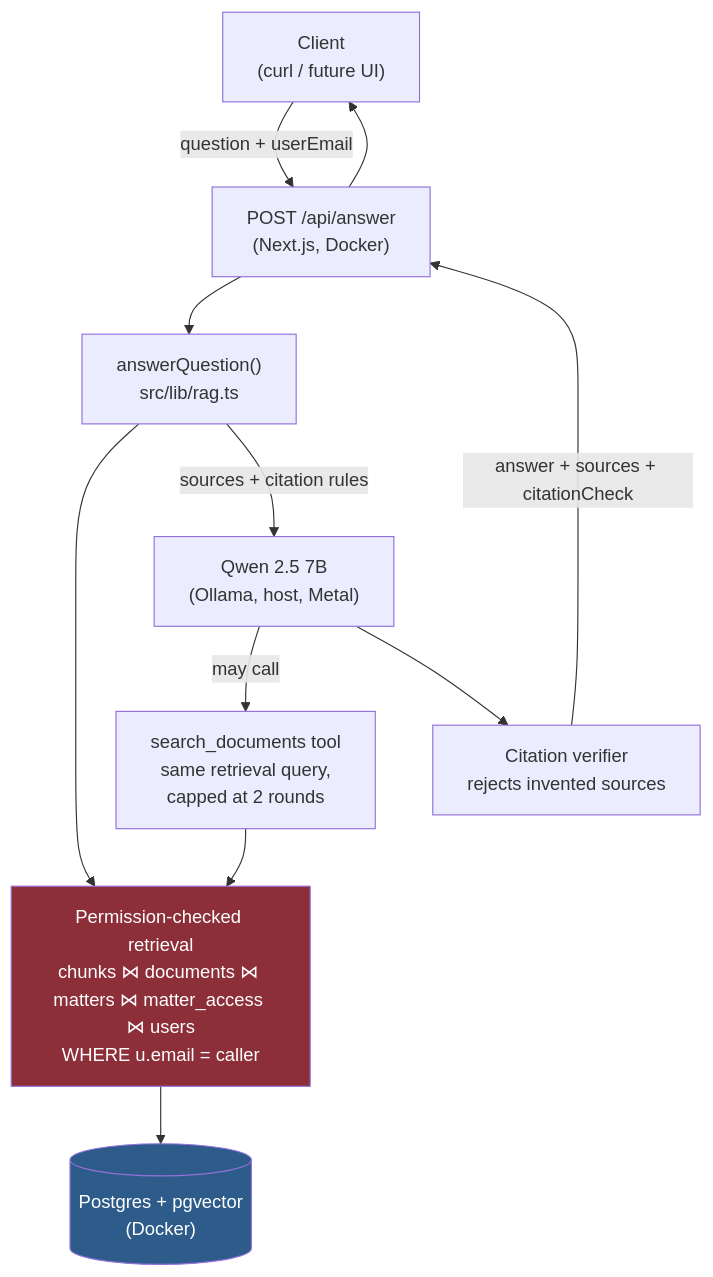
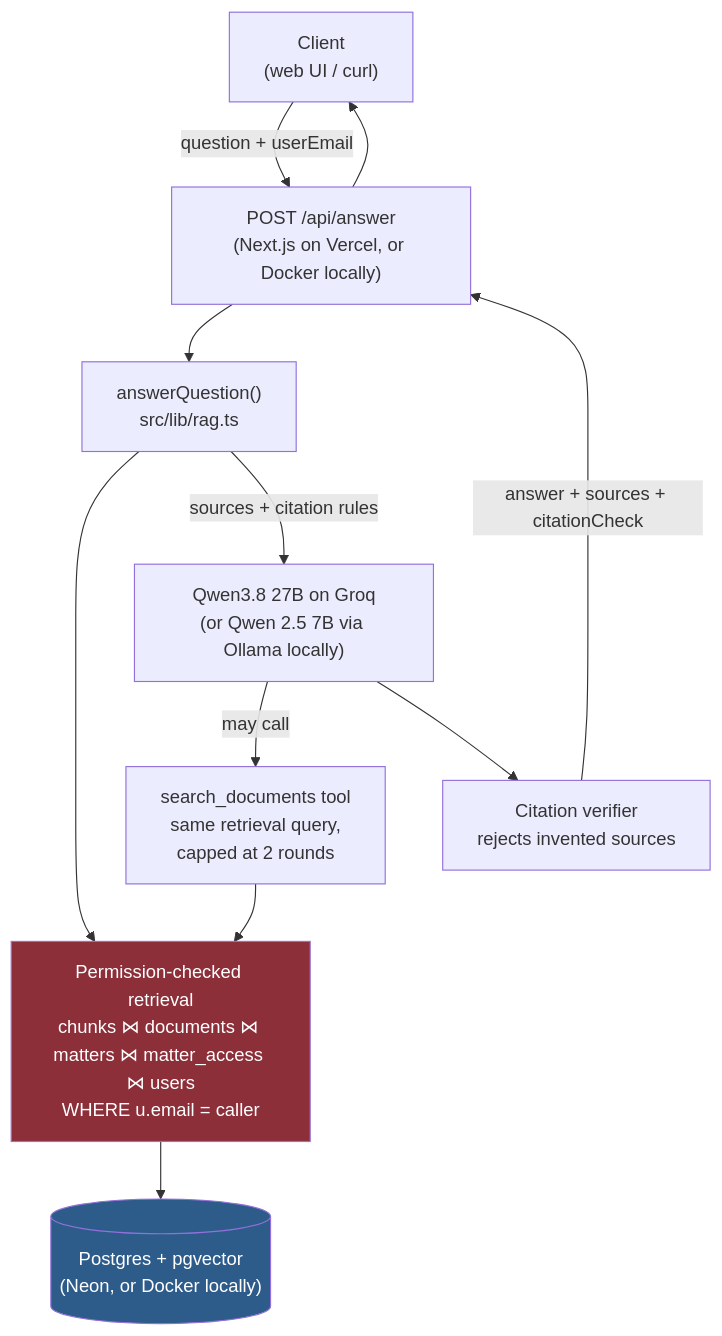
One commit to devauntea/firm-rag changed the diagram in README.md. Above: the diagram before and after it, drawn with Mermaid. The commit also changed other lines of this file and 12 other files, not shown here.

First line of the commit message:
Host the demo on Vercel with Neon, Groq and Gemini

````diff
--- a/README.md
+++ b/README.md
@@ -41,25 +42,25 @@
 ```mermaid
 flowchart TD
-    client["Client<br/>(curl / future UI)"]
-    api["POST /api/answer<br/>(Next.js, Docker)"]
+    client["Client<br/>(web UI / curl)"]
+    api["POST /api/answer<br/>(Next.js on Vercel, or Docker locally)"]
     rag["answerQuestion()<br/>src/lib/rag.ts"]
     retrieve["Permission-checked retrieval<br/>chunks ⋈ documents ⋈ matters ⋈ matter_access ⋈ users<br/>WHERE u.email = caller"]
-    db[("Postgres + pgvector<br/>(Docker)")]
-    model["Qwen 2.5 7B<br/>(Ollama, host, Metal)"]
+    db[("Postgres + pgvector<br/>(Neon, or Docker locally)")]
+    model["Qwen3.8 27B on Groq<br/>(or Qwen 2.5 7B via Ollama locally)"]
     tool["search_documents tool<br/>same retrieval query,<br/>capped at 2 rounds"]
     verify["Citation verifier<br/>rejects invented sources"]
 
     client -->|"question + userEmail"| api
     api --> rag
     rag --> retrieve
     retrieve --> db
     rag -->|"sources + citation rules"| model
     model -->|"may call"| tool
     tool --> retrieve
     model --> verify
     verify -->|"answer + sources + citationCheck"| api
     api --> client
 
     style retrieve fill:#8C2F39,color:#fff
     style db fill:#2E5C8A,color:#fff
 ```
````
